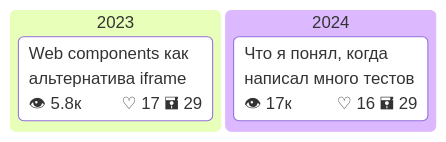
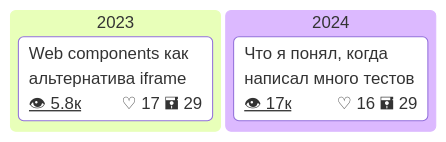
One commit to Goodzonchik/Goodzonchik changed the fourth of 4 diagrams in README.md. Above: the diagram before and after it, drawn with Mermaid.

````diff
--- a/README.md
+++ b/README.md
@@ -53,13 +53,20 @@
 ```mermaid
+---
+config:
+  kanban:
+    ticketBaseUrl: 'https://habr.com/ru/companies/tbank/articles/#URL#'
+
+---
 kanban
   2023
     card1["Web components как альтернатива iframe"]@{
       ticket: 👁 5.8к
       assigned: ♡ 17 🖬 29
+      url: 828940
     }
   2024
     card2["Что я понял, когда написал много тестов"]@{
       ticket: 👁 17к
       assigned: ♡ 16 🖬 29
     }
 ```
````
